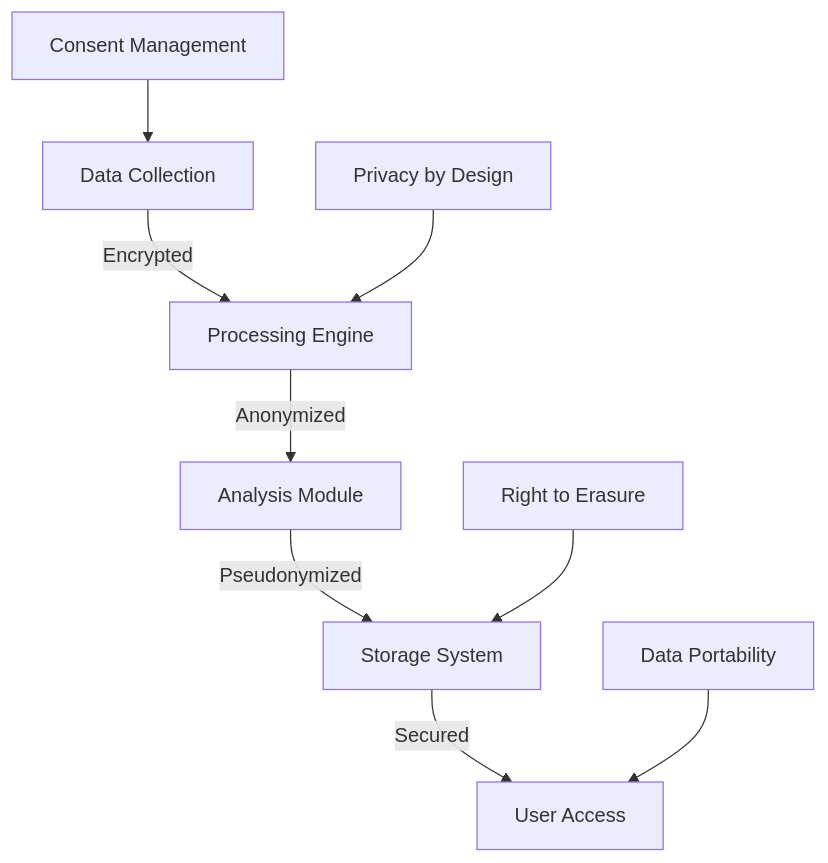
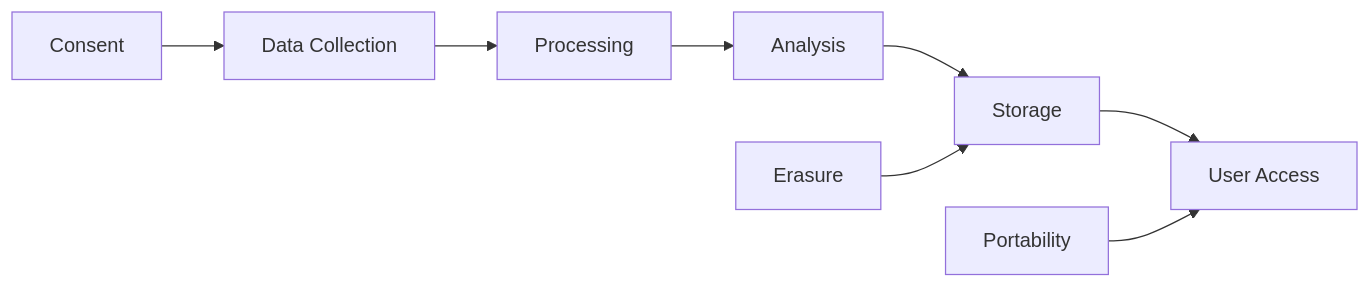
Before and after one commit to statesflowwishes-sketch/4a3C5u2S7T1i3C: the first of 9 diagrams in README.md, drawn with Mermaid. The commit also changed other lines of this file, not shown here.

First line of the commit message:
🔧 Fix Mermaid Rendering Issues: Simplified Complex Diagrams

````diff
--- a/README.md
+++ b/README.md
@@ -106,12 +106,11 @@
 ```mermaid
-graph TD
-    A[Data Collection] -->|Encrypted| B[Processing Engine]
-    B -->|Anonymized| C[Analysis Module]
-    C -->|Pseudonymized| D[Storage System]
-    D -->|Secured| E[User Access]
+flowchart LR
+    A[Data Collection] --> B[Processing]
+    B --> C[Analysis]
+    C --> D[Storage]
+    D --> E[User Access]
     
-    F[Consent Management] --> A
-    G[Right to Erasure] --> D
-    H[Data Portability] --> E
-    I[Privacy by Design] --> B
+    F[Consent] --> A
+    G[Erasure] --> D
+    H[Portability] --> E
 ```
````
